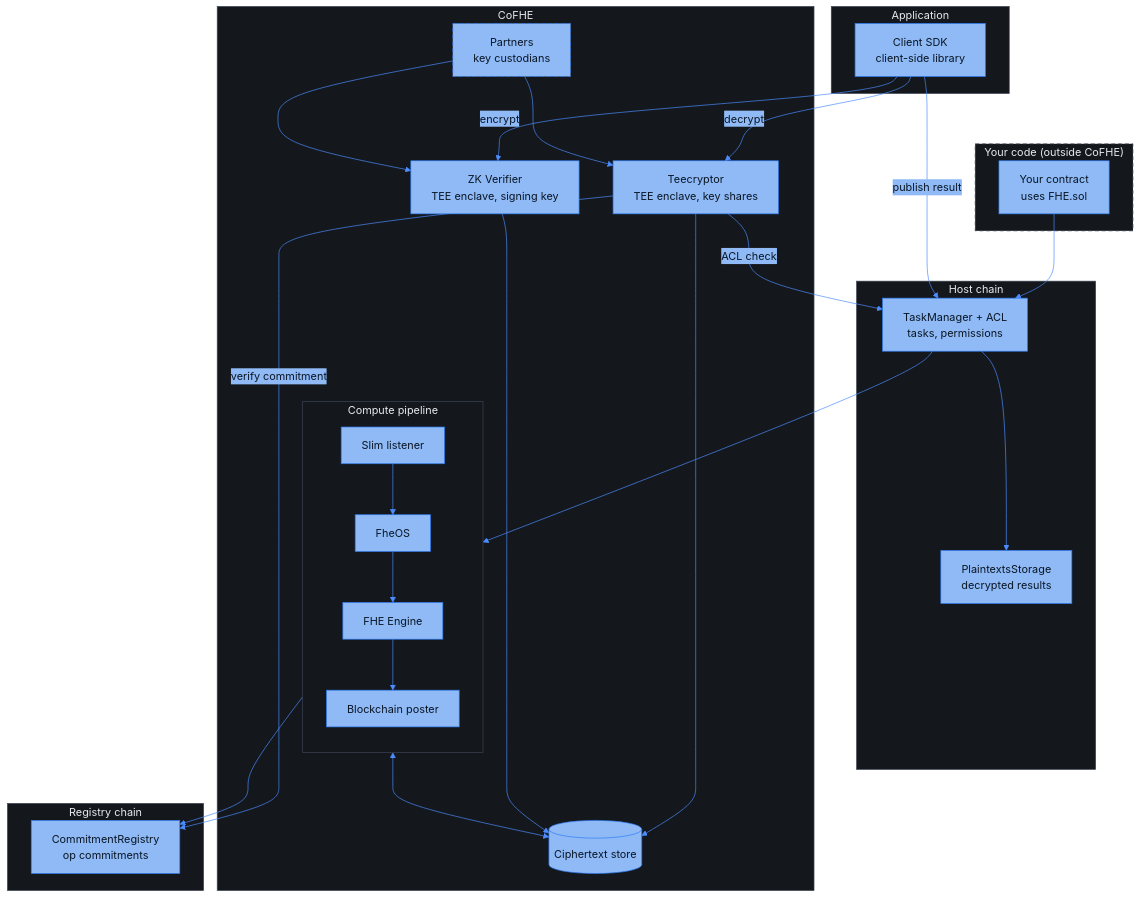
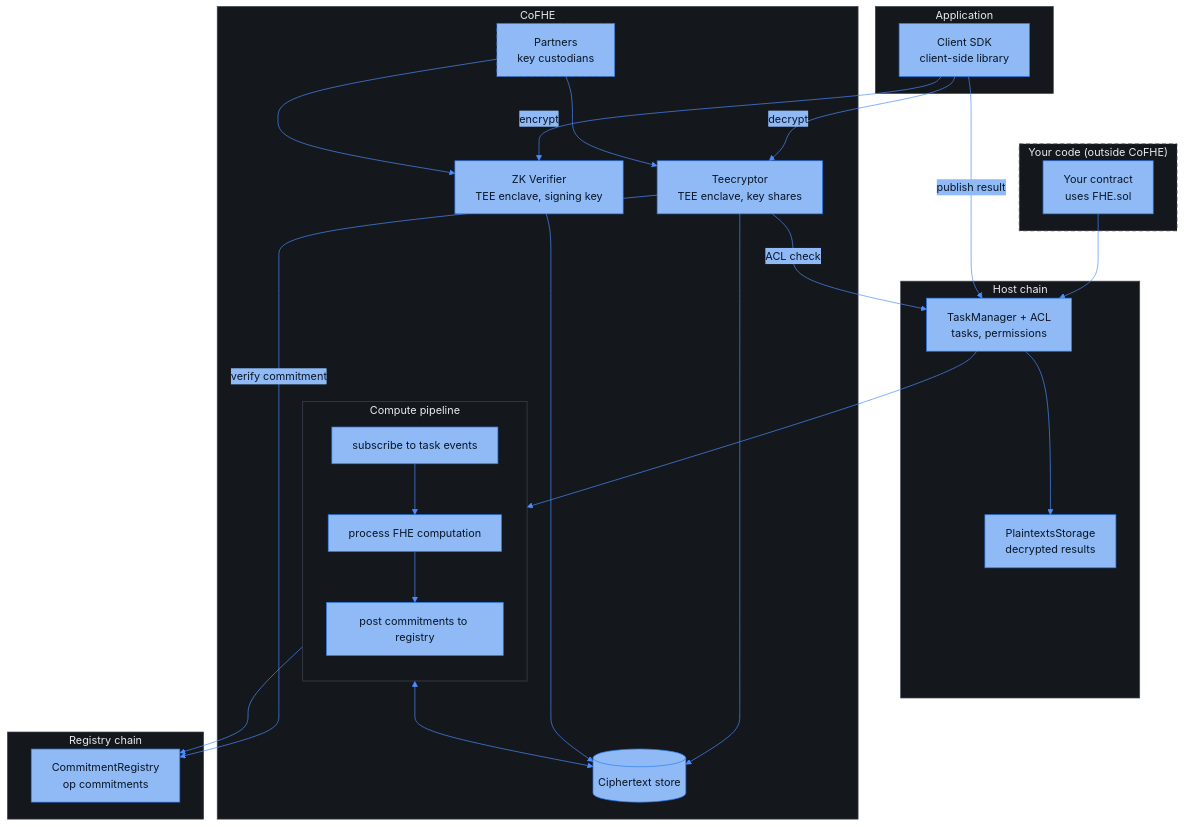
The diagram in deep-dive/cofhe-components/overview.mdx (FhenixProtocol/fhenix-developer-docs), drawn with Mermaid before and after one commit. The commit also changed other lines of this file, not shown here.

Commit message:
[DOCS] cofhe-components/overview: hide the pipeline internals again, detail lives on its own page

````diff
--- a/deep-dive/cofhe-components/overview.mdx
+++ b/deep-dive/cofhe-components/overview.mdx
@@ -8,49 +8,49 @@
 ```mermaid
 %%{init: {"theme": "base", "themeVariables": {"fontFamily": "Menlo, Monaco, Consolas, monospace", "fontSize": "16px", "primaryColor": "#8FBAF5", "primaryBorderColor": "#2E7CF6", "primaryTextColor": "#0A1626", "lineColor": "#4C8DFF", "signalColor": "#4C8DFF", "signalTextColor": "#8FA3BF", "actorBkg": "#8FBAF5", "actorBorder": "#2E7CF6", "actorTextColor": "#0A1626", "actorLineColor": "#3D4654", "noteBkgColor": "#14171C", "noteBorderColor": "#3D4654", "noteTextColor": "#AFC3DE", "activationBkgColor": "#1E3A5F", "activationBorderColor": "#4C8DFF", "clusterBkg": "#14171C", "clusterBorder": "#3D4654", "titleColor": "#E7EAEE", "edgeLabelBackground": "#8FBAF5", "textColor": "#AFC3DE", "labelTextColor": "#E7EAEE", "tertiaryColor": "#14171C", "loopTextColor": "#AFC3DE", "labelBoxBkgColor": "#1E3A5F", "labelBoxBorderColor": "#4C8DFF"}, "sequence": {"actorFontFamily": "Menlo, Monaco, Consolas, monospace", "messageFontFamily": "Menlo, Monaco, Consolas, monospace", "noteFontFamily": "Menlo, Monaco, Consolas, monospace", "width": 220, "actorFontSize": 16, "messageFontSize": 16, "noteFontSize": 15}}}%%
 flowchart TB
     subgraph Yours["Your code (outside CoFHE)"]
         FHEC["Your contract<br/>uses FHE.sol"]
     end
 
     subgraph App["Application"]
         SDK["Client SDK<br/>client-side library"]
     end
 
     subgraph Host["Host chain"]
         TM["TaskManager + ACL<br/>tasks, permissions"]
         PS["PlaintextsStorage<br/>decrypted results"]
     end
 
     subgraph CoFHE["CoFHE"]
         TEE["Teecryptor<br/>TEE enclave, key shares"]
         ZK["ZK Verifier<br/>TEE enclave, signing key"]
         PRT["Partners<br/>key custodians"]
         CTS[("Ciphertext store")]
         subgraph ENG["Compute pipeline"]
             direction TB
-            L["Slim listener"] --> FO["FheOS"] --> X["FHE Engine"] --> P["Blockchain poster"]
+            L["subscribe to task events"] --> X["process FHE computation"] --> P["post commitments to registry"]
         end
     end
 
     subgraph Registry["Registry chain"]
         CR["CommitmentRegistry<br/>op commitments"]
     end
 
     FHEC --> TM
     SDK -- "encrypt" --> ZK
     SDK -- "decrypt" --> TEE
     SDK -- "publish result" --> TM
     TM --> PS
     TM --> L
     TEE -- "ACL check" --> TM
     TEE --> CTS
     TEE -- "verify commitment" --> CR
     ZK --> CTS
     ENG <--> CTS
     P --> CR
     PRT --> TEE
     PRT --> ZK
 
     style Yours stroke-dasharray: 6 4
     style PRT stroke-dasharray: 6 4
 ```
````
